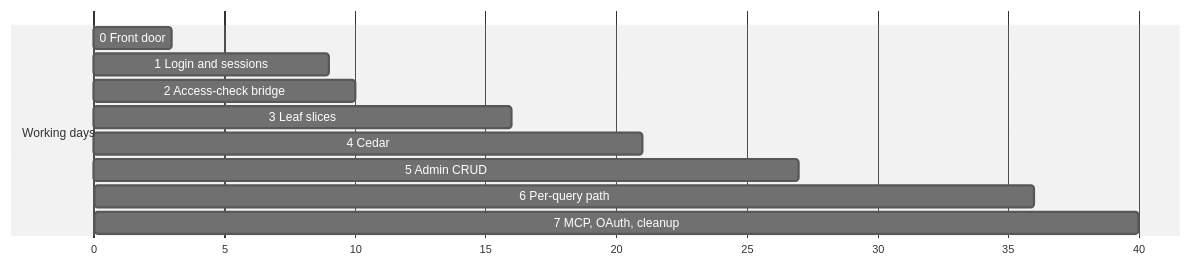
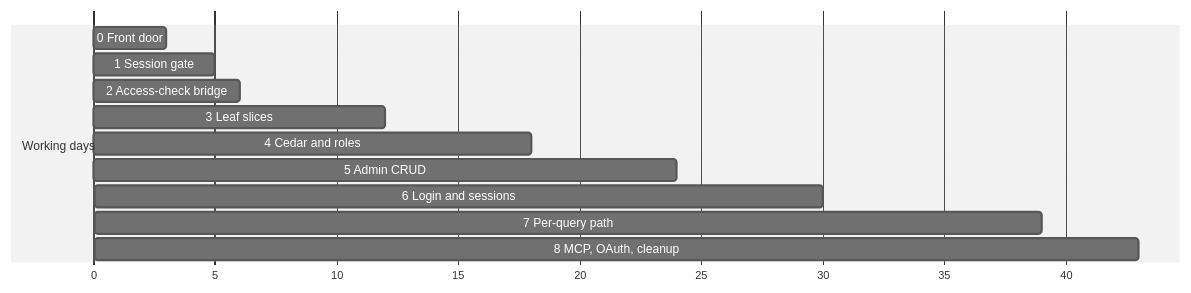
Before and after one commit to ridi-oss/proxy-monster: the second of 2 diagrams in docs/cp-go-migration.md, drawn with Mermaid (neutral theme). The commit also changed other lines of this file, not shown here.

First line of the commit message:
docs: reorder cp-go phases so login follows admin CRUD

````diff
--- a/docs/cp-go-migration.md
+++ b/docs/cp-go-migration.md
@@ -41,14 +41,15 @@
 ```mermaid
 gantt
   dateFormat X
   axisFormat %s
   section Working days
   0 Front door          :0, 3
-  1 Login and sessions  :3, 9
-  2 Access-check bridge :9, 10
-  3 Leaf slices         :10, 16
-  4 Cedar               :16, 21
-  5 Admin CRUD          :21, 27
-  6 Per-query path      :27, 36
-  7 MCP, OAuth, cleanup :36, 40
+  1 Session gate        :3, 5
+  2 Access-check bridge :5, 6
+  3 Leaf slices         :6, 12
+  4 Cedar and roles     :12, 18
+  5 Admin CRUD          :18, 24
+  6 Login and sessions  :24, 30
+  7 Per-query path      :30, 39
+  8 MCP, OAuth, cleanup :39, 43
 ```
````
